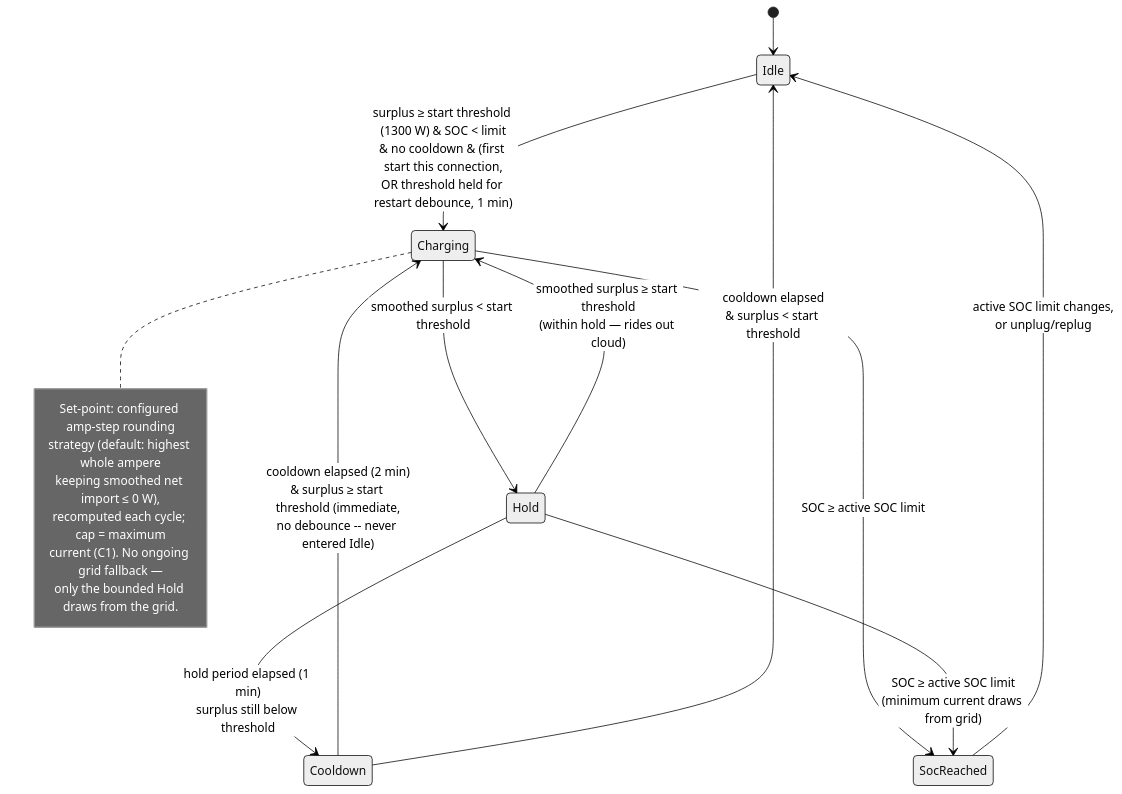
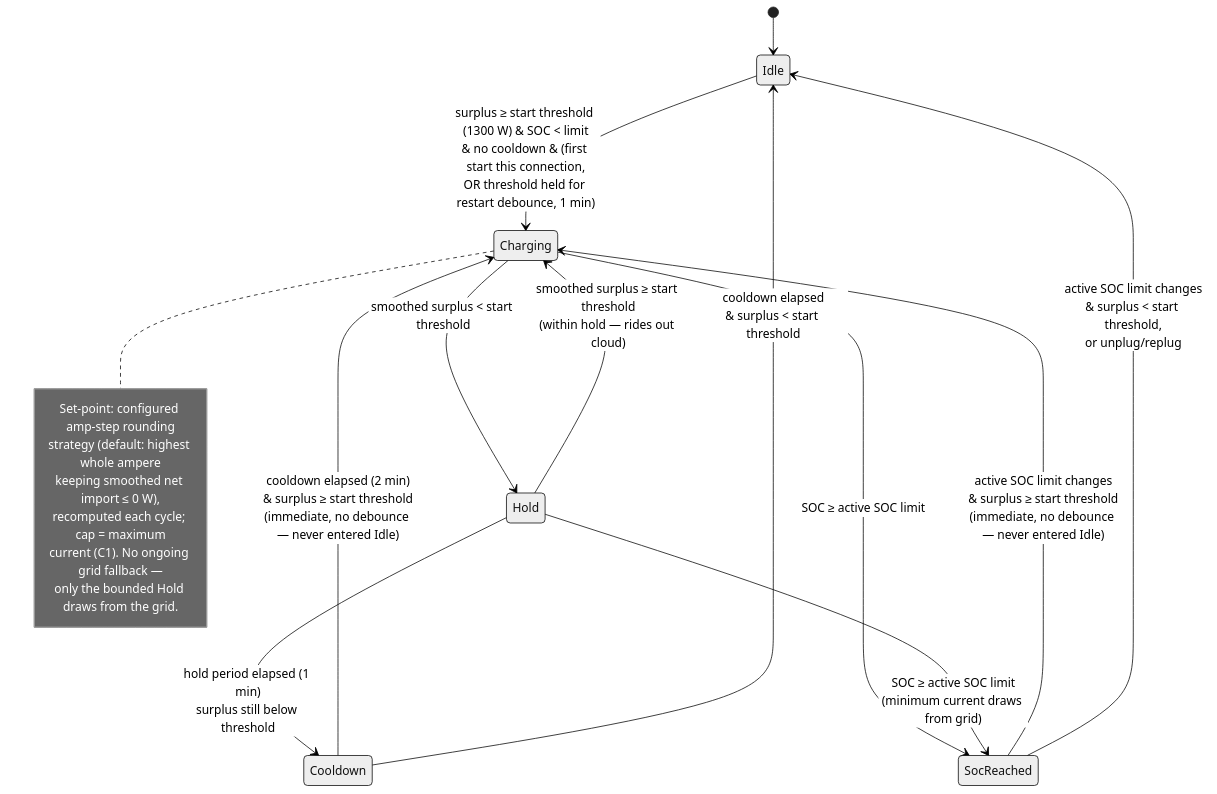
The diagram in docs/analysis/use-cases/UC02-charge-from-solar-only.md (kristofdegrave/homeassistant-smart-charging), drawn with Mermaid (neutral theme) before and after one commit. The commit also changed other lines of this file and 5 other files, not shown here.

````diff
--- a/docs/analysis/use-cases/UC02-charge-from-solar-only.md
+++ b/docs/analysis/use-cases/UC02-charge-from-solar-only.md
@@ -137,21 +137,22 @@
 ```mermaid
 stateDiagram-v2
     [*] --> Idle
     Idle --> Charging: surplus ≥ start threshold (1300 W) & SOC < limit<br/>& no cooldown & (first start this connection,<br/>OR threshold held for restart debounce, 1 min)
     Charging --> Hold: smoothed surplus < start threshold
     Hold --> Charging: smoothed surplus ≥ start threshold<br/>(within hold — rides out cloud)
     Hold --> Cooldown: hold period elapsed (1 min)<br/>surplus still below threshold
     Charging --> SocReached: SOC ≥ active SOC limit
     Hold --> SocReached: SOC ≥ active SOC limit<br/>(minimum current draws from grid)
-    Cooldown --> Charging: cooldown elapsed (2 min)<br/>& surplus ≥ start threshold (immediate,<br/>no debounce -- never entered Idle)
+    Cooldown --> Charging: cooldown elapsed (2 min)<br/>& surplus ≥ start threshold<br/>(immediate, no debounce — never entered Idle)
     Cooldown --> Idle: cooldown elapsed<br/>& surplus < start threshold
-    SocReached --> Idle: active SOC limit changes,<br/>or unplug/replug
+    SocReached --> Charging: active SOC limit changes<br/>& surplus ≥ start threshold<br/>(immediate, no debounce — never entered Idle)
+    SocReached --> Idle: active SOC limit changes<br/>& surplus < start threshold,<br/>or unplug/replug
     note right of Charging
         Set-point: configured amp-step rounding
         strategy (default: highest whole ampere
         keeping smoothed net import ≤ 0 W),
         recomputed each cycle; cap = maximum
         current (C1). No ongoing grid fallback —
         only the bounded Hold draws from the grid.
     end note
 ```
````
